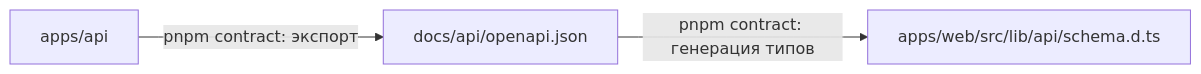
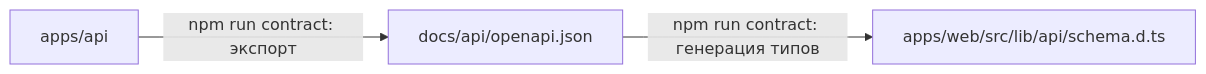
Before and after one commit to JM-2007-07/Instagram-Manishvar-Nekruz: the diagram in docs/architecture/MONOREPO_STRUCTURE.md, drawn with Mermaid. The commit also changed other lines of this file and 27 other files, not shown here.

````diff
--- a/docs/architecture/MONOREPO_STRUCTURE.md
+++ b/docs/architecture/MONOREPO_STRUCTURE.md
@@ -46,5 +52,5 @@
 ```mermaid
 flowchart LR
-    API[apps/api] -- "pnpm contract: экспорт" --> OAS[docs/api/openapi.json]
-    OAS -- "pnpm contract: генерация типов" --> WEB[apps/web/src/lib/api/schema.d.ts]
+    API[apps/api] -- "npm run contract: экспорт" --> OAS[docs/api/openapi.json]
+    OAS -- "npm run contract: генерация типов" --> WEB[apps/web/src/lib/api/schema.d.ts]
 ```
````
